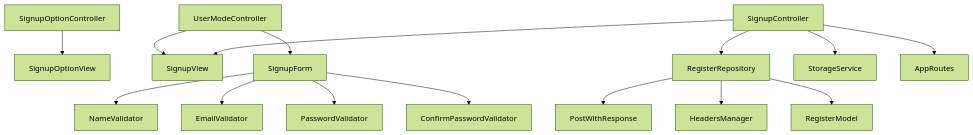
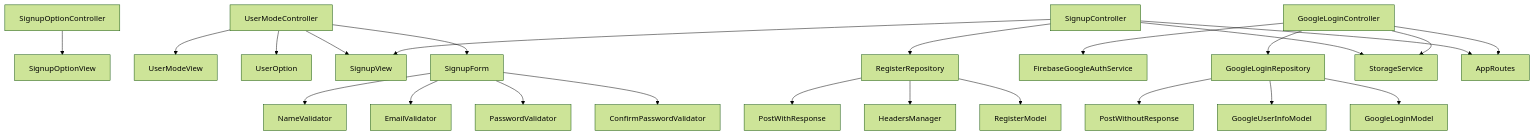
The tenth of 10 diagrams in .qoder/repowiki/en/content/Core Features/Authentication System/Registration System.md (Ariful3111/FurniGo), drawn with Mermaid (forest theme) before and after one commit. The commit also changed other lines of this file and 11 other files, not shown here.

````diff
--- a/.qoder/repowiki/en/content/Core Features/Authentication System/Registration System.md
+++ b/.qoder/repowiki/en/content/Core Features/Authentication System/Registration System.md
@@ -401,17 +630,26 @@
 ```mermaid
 graph TB
 SOC["SignupOptionController"] --> SOV["SignupOptionView"]
-UMC["UserModeController"] --> SV["SignupView"]
+UMC["UserModeController"] --> UMO["UserModeView"]
+UMC --> UOPT["UserOption"]
+UMC --> SV["SignupView"]
 UMC --> SFC["SignupForm"]
 SC["SignupController"] --> SV
 SC --> RR["RegisterRepository"]
+GLC["GoogleLoginController"] --> FGA["FirebaseGoogleAuthService"]
+GLC --> GLR["GoogleLoginRepository"]
 SFC --> NV["NameValidator"]
 SFC --> EV["EmailValidator"]
 SFC --> PV["PasswordValidator"]
 SFC --> CPV["ConfirmPasswordValidator"]
 RR --> PWR["PostWithResponse"]
+GLR --> PWR2["PostWithoutResponse"]
 RR --> HM["HeadersManager"]
 RR --> RM["RegisterModel"]
+GLR --> GUM["GoogleUserInfoModel"]
+GLR --> GLM["GoogleLoginModel"]
 SC --> SS["StorageService"]
 SC --> AR["AppRoutes"]
+GLC --> SS
+GLC --> AR
 ```
````
